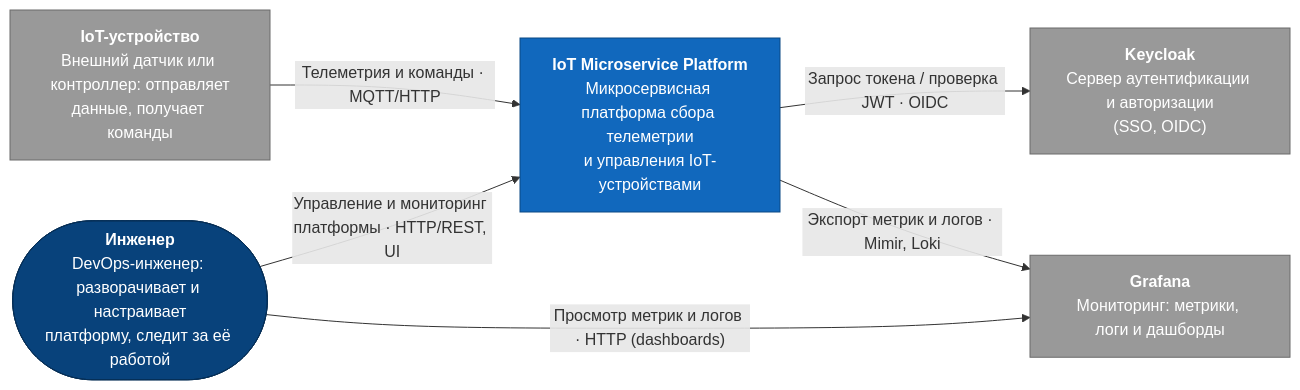
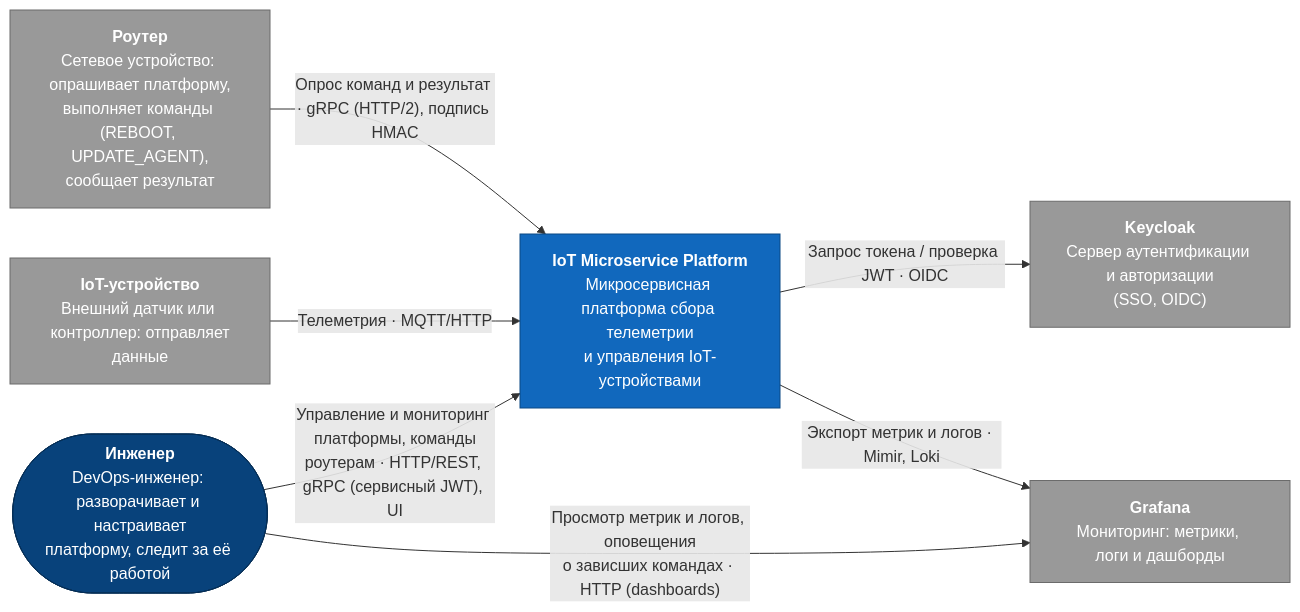
The diagram in diagrams/context.mmd (gluhov-d/iot-platform), drawn with Mermaid before and after one commit. The commit also changed 28 other files, not shown here.

First line of the commit message:
Дизайн: управление роутерами (router-manager)

```diff
--- a/diagrams/context.mmd
+++ b/diagrams/context.mmd
@@ -1,20 +1,22 @@
 %% C4 Level 1 — системный контекст IoT-платформы
 flowchart LR
     engineer(["<b>Инженер</b><br/>DevOps-инженер: разворачивает и настраивает<br/>платформу, следит за её работой"])
     iot_platform["<b>IoT Microservice Platform</b><br/>Микросервисная платформа сбора телеметрии<br/>и управления IoT-устройствами"]
-    device["<b>IoT-устройство</b><br/>Внешний датчик или контроллер: отправляет<br/>данные, получает команды"]
+    device["<b>IoT-устройство</b><br/>Внешний датчик или контроллер: отправляет<br/>данные"]
+    router["<b>Роутер</b><br/>Сетевое устройство: опрашивает платформу,<br/>выполняет команды (REBOOT, UPDATE_AGENT),<br/>сообщает результат"]
     keycloak["<b>Keycloak</b><br/>Сервер аутентификации и авторизации<br/>(SSO, OIDC)"]
     grafana["<b>Grafana</b><br/>Мониторинг: метрики, логи и дашборды"]
 
-    engineer -- "Управление и мониторинг платформы · HTTP/REST, UI" --> iot_platform
-    device -- "Телеметрия и команды · MQTT/HTTP" --> iot_platform
-    engineer -- "Просмотр метрик и логов · HTTP (dashboards)" --> grafana
+    engineer -- "Управление и мониторинг платформы, команды<br/>роутерам · HTTP/REST, gRPC (сервисный JWT), UI" --> iot_platform
+    device -- "Телеметрия · MQTT/HTTP" --> iot_platform
+    router -- "Опрос команд и результат · gRPC (HTTP/2), подпись HMAC" --> iot_platform
+    engineer -- "Просмотр метрик и логов, оповещения<br/>о зависших командах · HTTP (dashboards)" --> grafana
     iot_platform -- "Запрос токена / проверка JWT · OIDC" --> keycloak
     iot_platform -- "Экспорт метрик и логов · Mimir, Loki" --> grafana
 
     classDef person fill:#08427b,stroke:#052e56,color:#fff
     classDef system fill:#1168bd,stroke:#0b4884,color:#fff
     classDef external fill:#999999,stroke:#6b6b6b,color:#fff
     class engineer person
     class iot_platform system
-    class device,keycloak,grafana external
+    class device,router,keycloak,grafana external
```
